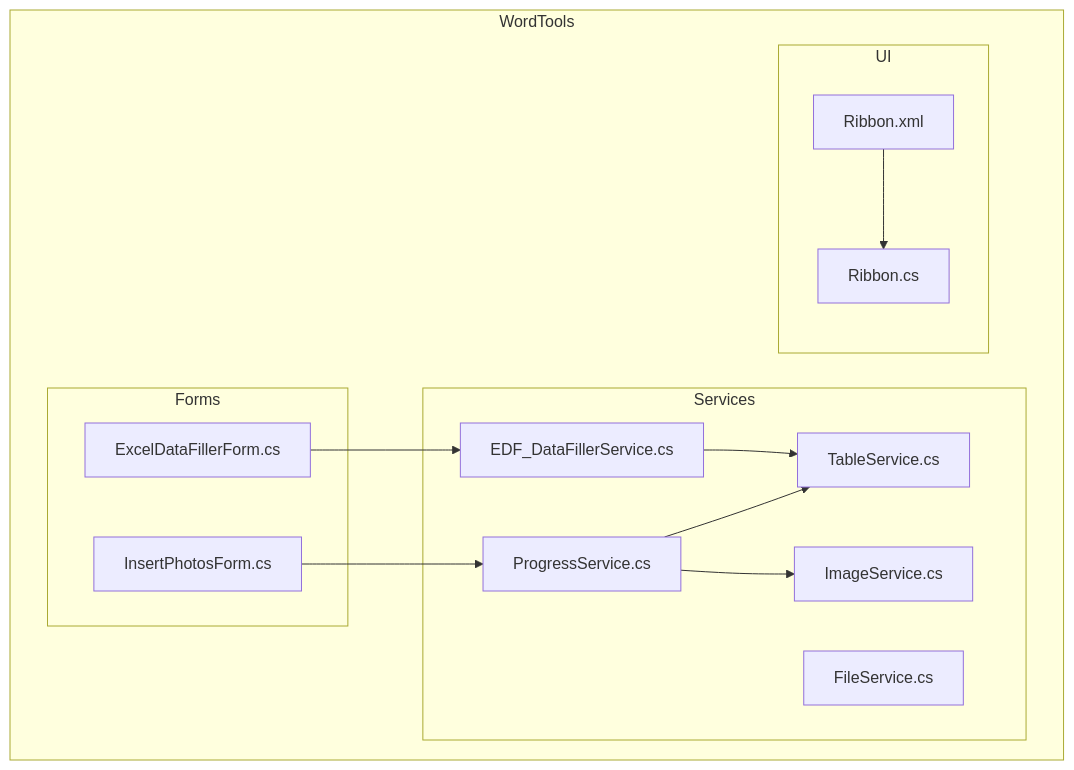
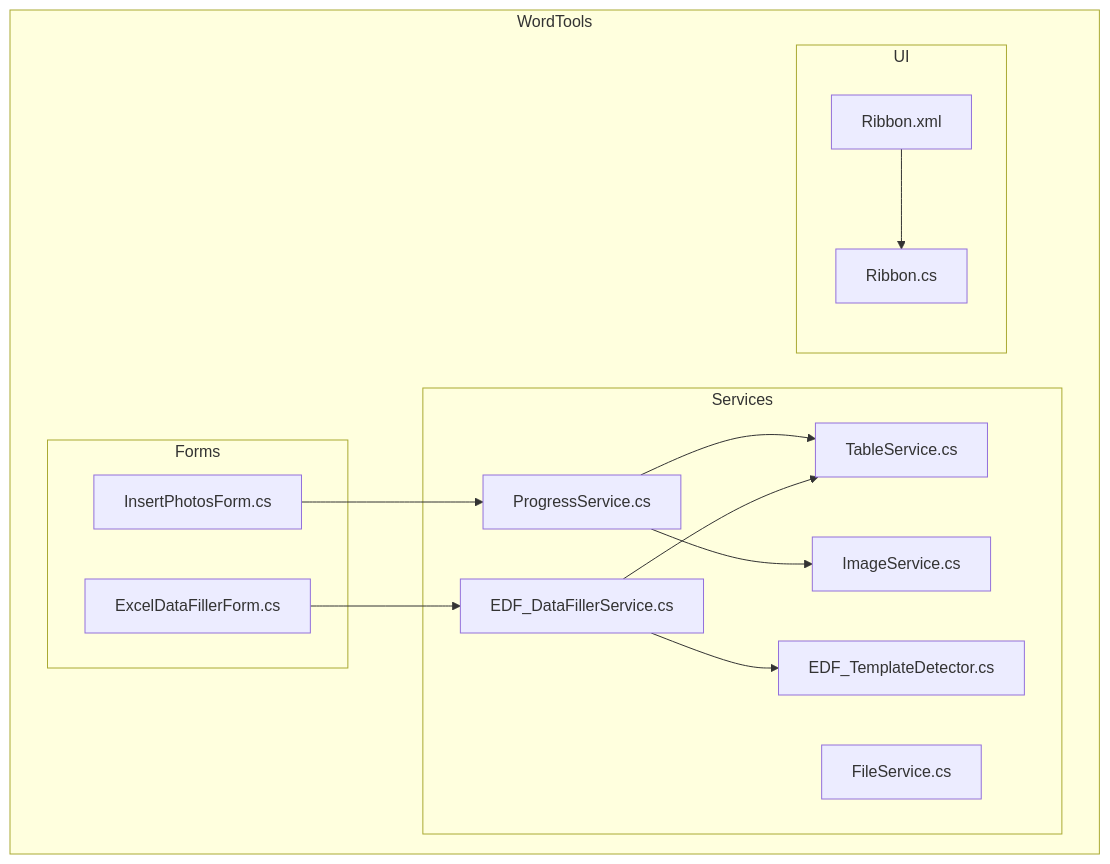
Before and after one commit to rainiva/WordTools: the first of 12 diagrams in .qoder/repowiki/zh/content/服务层/表格服务.md, drawn with Mermaid. The commit also changed other lines of this file and 4 other files, not shown here.

````diff
--- a/.qoder/repowiki/zh/content/服务层/表格服务.md
+++ b/.qoder/repowiki/zh/content/服务层/表格服务.md
@@ -47,26 +48,28 @@
 ```mermaid
 graph TB
 subgraph "WordTools"
 subgraph "Forms"
 IPF["InsertPhotosForm.cs"]
 EDF["ExcelDataFillerForm.cs"]
 end
 subgraph "Services"
 TS["TableService.cs"]
 IS["ImageService.cs"]
 PS["ProgressService.cs"]
 EDFS["EDF_DataFillerService.cs"]
+EDFT["EDF_TemplateDetector.cs"]
 FS["FileService.cs"]
 end
 subgraph "UI"
 RBXML["Ribbon.xml"]
 RB["Ribbon.cs"]
 end
 end
 IPF --> PS
 PS --> TS
 PS --> IS
 EDF --> EDFS
 EDFS --> TS
+EDFS --> EDFT
 RBXML --> RB
 ```
````
